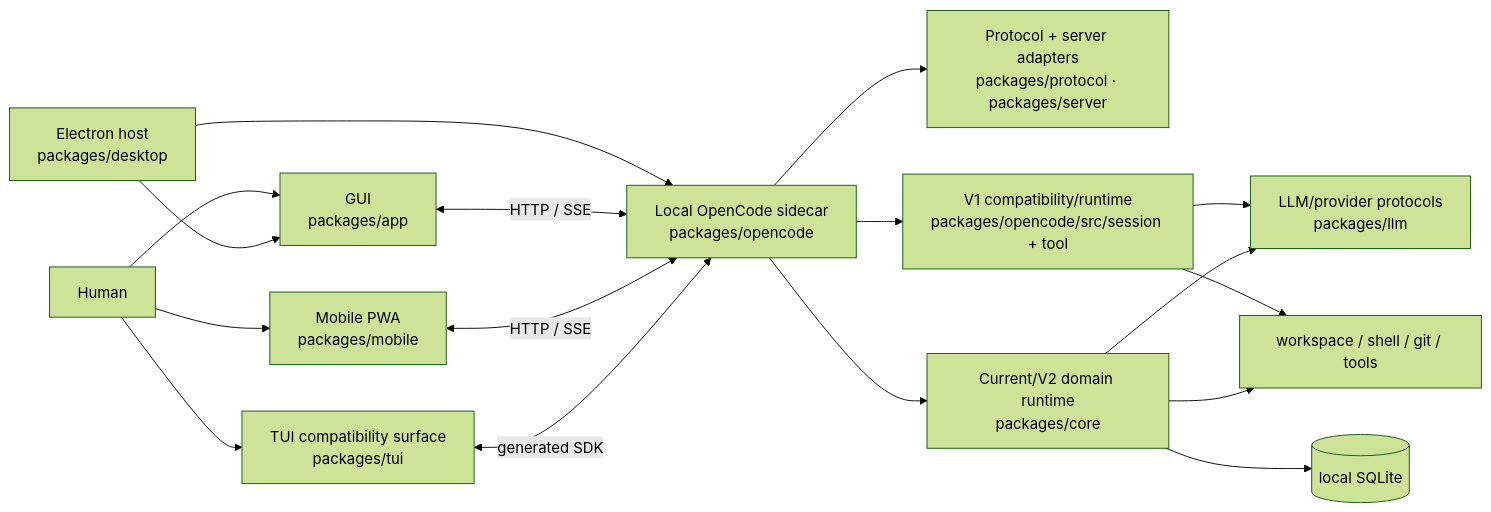
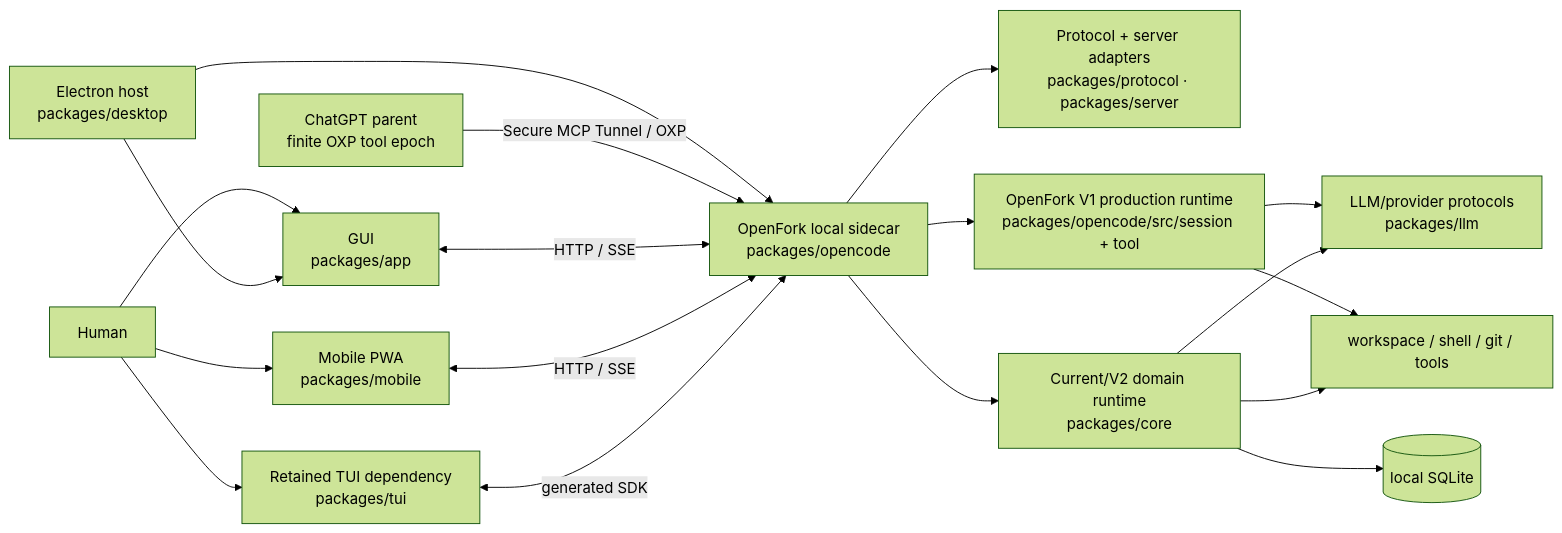
Before and after one commit to thelabcorner/openfork: the diagram in docs/map/README.md, drawn with Mermaid (forest theme). The commit also changed other lines of this file and 13 other files, not shown here.

First line of the commit message:
docs: define OpenFork product and compatibility boundaries

````diff
--- a/docs/map/README.md
+++ b/docs/map/README.md
@@ -53,21 +63,22 @@
 ```mermaid
 flowchart LR
   Human --> GUI["GUI<br/>packages/app"]
   Human --> Mobile["Mobile PWA<br/>packages/mobile"]
-  Human --> TUI["TUI compatibility surface<br/>packages/tui"]
+  Human --> TUI["Retained TUI dependency<br/>packages/tui"]
 
   Desktop["Electron host<br/>packages/desktop"] --> GUI
-  Desktop --> Sidecar["Local OpenCode sidecar<br/>packages/opencode"]
+  Desktop --> Sidecar["OpenFork local sidecar<br/>packages/opencode"]
+  ChatGPT["ChatGPT parent<br/>finite OXP tool epoch"] -->|Secure MCP Tunnel / OXP| Sidecar
   GUI <-->|HTTP / SSE| Sidecar
   Mobile <-->|HTTP / SSE| Sidecar
   TUI <-->|generated SDK| Sidecar
 
   Sidecar --> Protocol["Protocol + server adapters<br/>packages/protocol · packages/server"]
-  Sidecar --> V1["V1 compatibility/runtime<br/>packages/opencode/src/session + tool"]
+  Sidecar --> V1["OpenFork V1 production runtime<br/>packages/opencode/src/session + tool"]
   Sidecar --> Core["Current/V2 domain runtime<br/>packages/core"]
   V1 --> LLM["LLM/provider protocols<br/>packages/llm"]
   Core --> LLM
   V1 --> Host["workspace / shell / git / tools"]
   Core --> Host
   Core --> DB[("local SQLite")]
 ```
````
